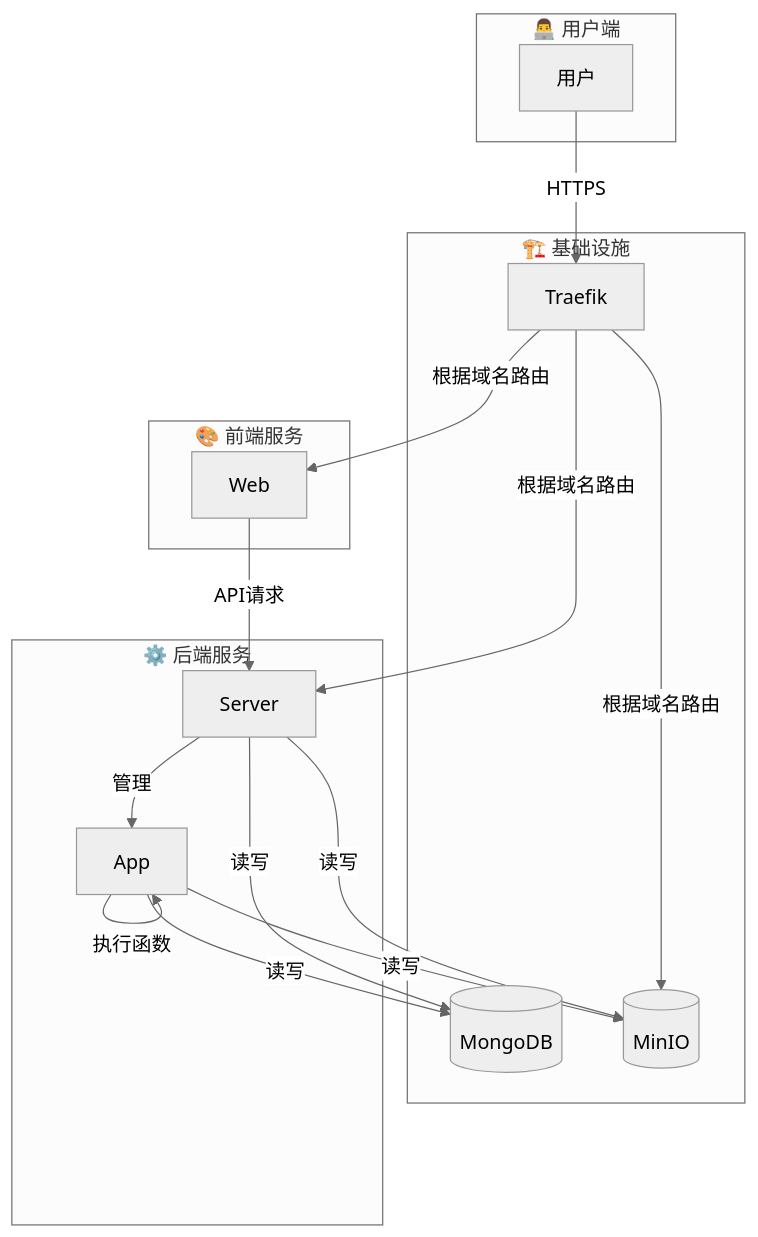
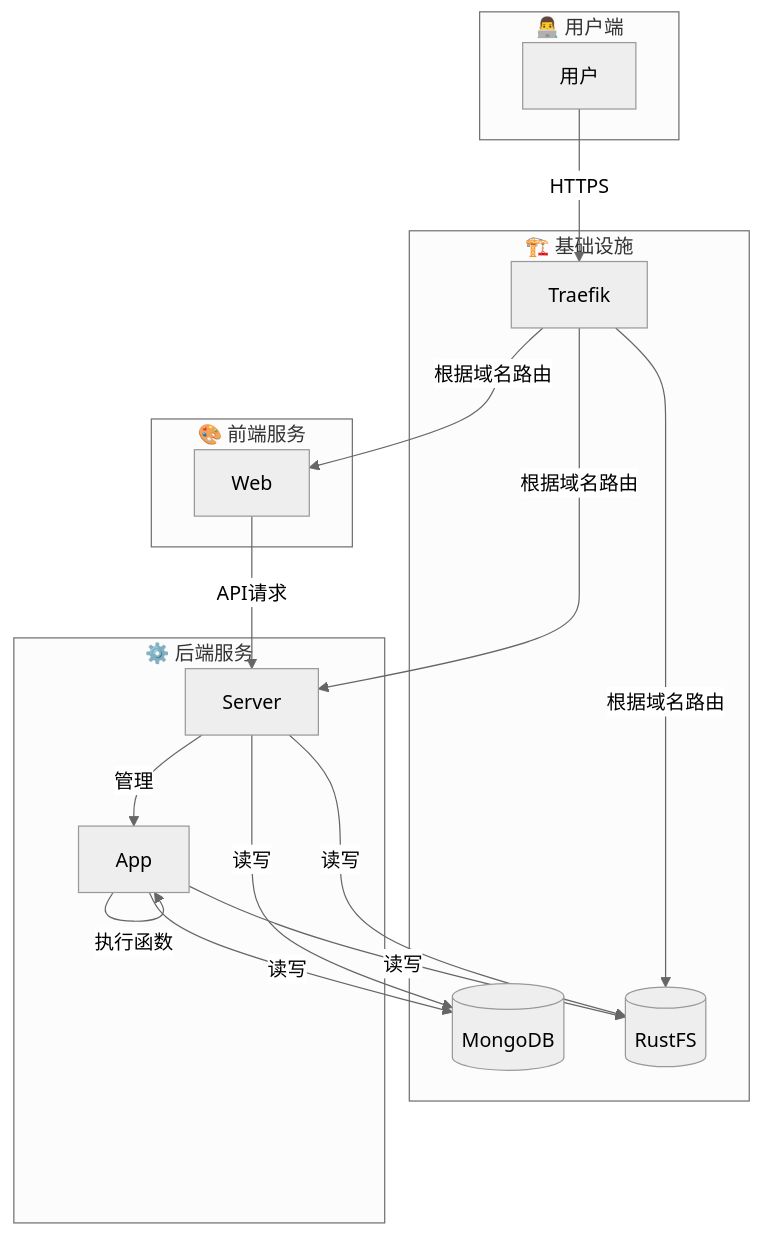
One commit to Pidbid/hyac changed the diagram in README.md. Above: the diagram before and after it, drawn with Mermaid (neutral theme). The commit also changed other lines of this file and 12 other files, not shown here.

First line of the commit message:
feat: replace MinIO with RustFS-compatible storage

````diff
--- a/README.md
+++ b/README.md
@@ -51,36 +51,36 @@
 ```mermaid
 graph TD
     subgraph "👨‍💻 用户端"
         U[用户]
     end
 
     subgraph "🏗️ 基础设施"
         T[Traefik]
         DB[(MongoDB)]
-        S[(MinIO)]
+        S[(RustFS)]
     end
 
     subgraph "⚙️ 后端服务"
         Server[Server]
         App[App]
     end
 
     subgraph "🎨 前端服务"
         Web[Web]
     end
 
     U -- HTTPS --> T
     T -- 根据域名路由 --> Server
     T -- 根据域名路由 --> Web
     T -- 根据域名路由 --> S
     
     Server -- 管理 --> App
     Server -- 读写 --> DB
     Server -- 读写 --> S
     
     App -- 执行函数 --> App
     App -- 读写 --> DB
     App -- 读写 --> S
 
     Web -- API请求 --> Server
 ```
````
